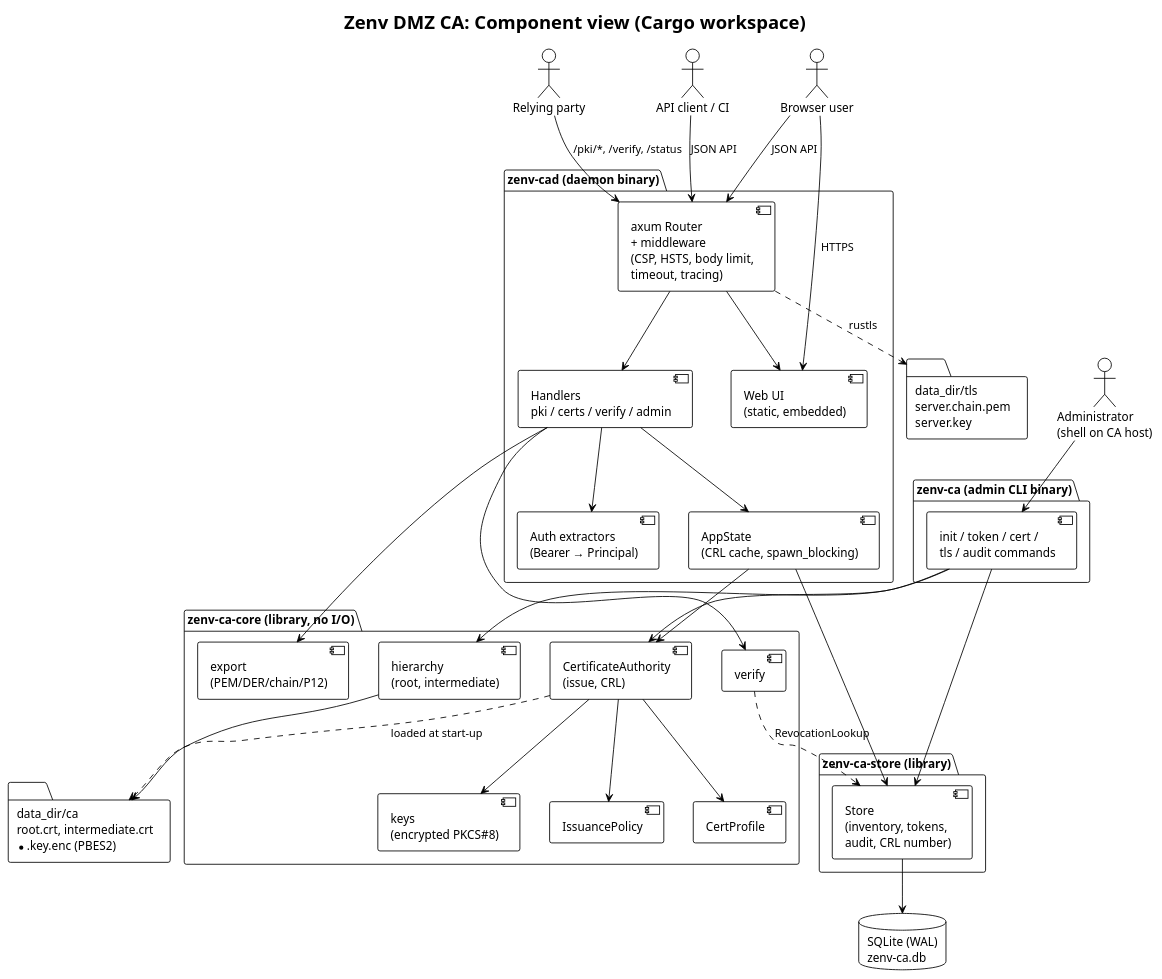
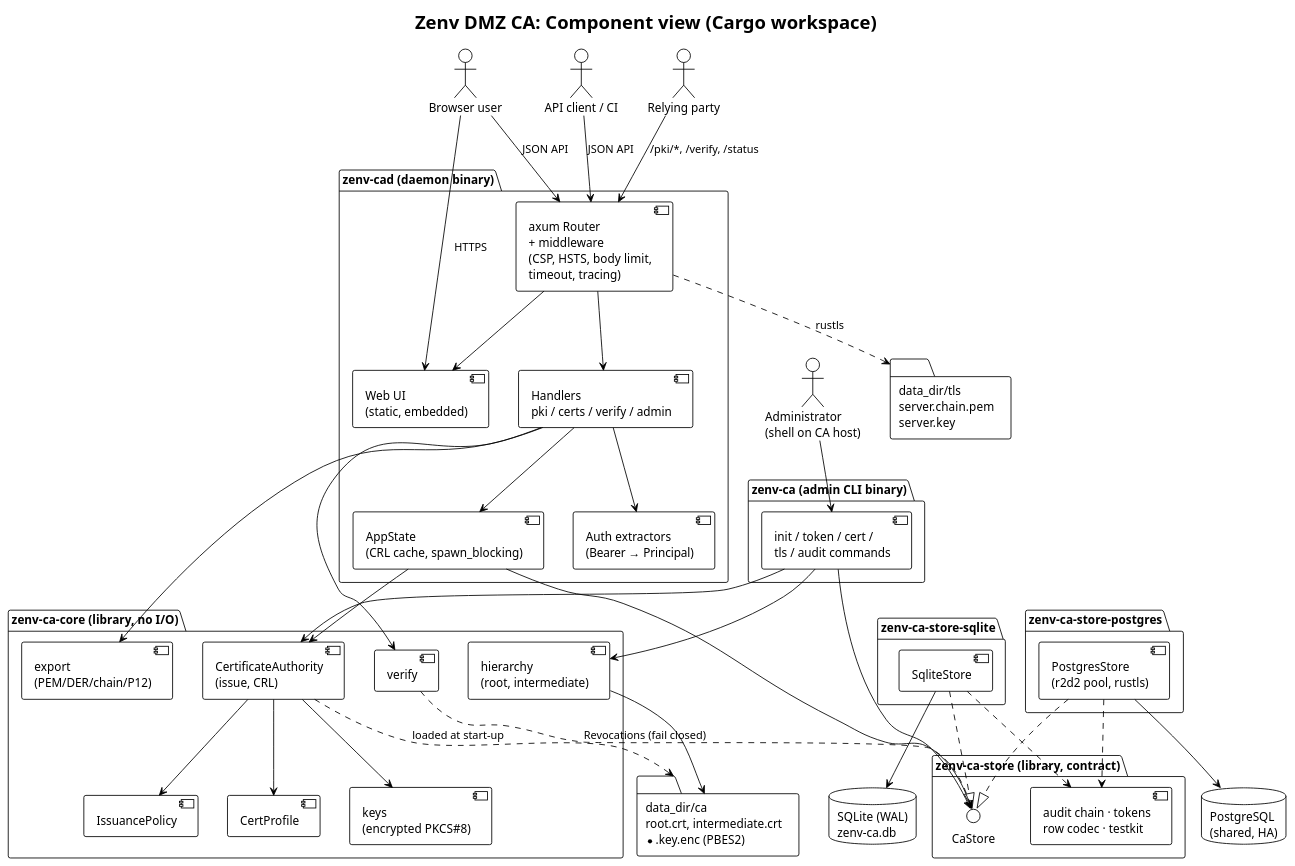
The diagram in docs/uml/02-components.puml (d-subrahmanyam/zenv-cert-authority), drawn with PlantUML before and after one commit. The commit also changed 52 other files, not shown here.

First line of the commit message:
Make storage pluggable (SQLite + PostgreSQL) and add per-crate READMEs

```diff
--- a/docs/uml/02-components.puml
+++ b/docs/uml/02-components.puml
@@ -1,65 +1,78 @@
 @startuml components
 !theme plain
 title Zenv DMZ CA: Component view (Cargo workspace)
 
 actor "Browser user" as User
 actor "API client / CI" as Client
 actor "Relying party" as RP
 actor "Administrator\n(shell on CA host)" as Admin
 
 package "zenv-cad (daemon binary)" {
   [axum Router\n+ middleware\n(CSP, HSTS, body limit,\ntimeout, tracing)] as Router
   [Web UI\n(static, embedded)] as UI
   [Auth extractors\n(Bearer → Principal)] as Auth
   [Handlers\npki / certs / verify / admin] as Handlers
   [AppState\n(CRL cache, spawn_blocking)] as State
 }
 
 package "zenv-ca (admin CLI binary)" {
   [init / token / cert /\ntls / audit commands] as CLI
 }
 
 package "zenv-ca-core (library, no I/O)" {
   [hierarchy\n(root, intermediate)] as Hier
   [CertificateAuthority\n(issue, CRL)] as CA
   [IssuancePolicy] as Policy
   [CertProfile] as Profile
   [verify] as Verify
   [export\n(PEM/DER/chain/P12)] as Export
   [keys\n(encrypted PKCS#8)] as Keys
 }
 
-package "zenv-ca-store (library)" {
-  [Store\n(inventory, tokens,\naudit, CRL number)] as Store
+package "zenv-ca-store (library, contract)" {
+  interface CaStore
+  [audit chain · tokens\nrow codec · testkit] as Shared
+}
+package "zenv-ca-store-sqlite" {
+  [SqliteStore] as Sqlite
+}
+package "zenv-ca-store-postgres" {
+  [PostgresStore\n(r2d2 pool, rustls)] as Pg
 }
 
 database "SQLite (WAL)\nzenv-ca.db" as DB
+database "PostgreSQL\n(shared, HA)" as PGDB
 folder "data_dir/ca\nroot.crt, intermediate.crt\n*.key.enc (PBES2)" as Files
 folder "data_dir/tls\nserver.chain.pem\nserver.key" as Tls
 
 User --> UI : HTTPS
 User --> Router : JSON API
 Client --> Router : JSON API
 RP --> Router : /pki/*, /verify, /status
 Admin --> CLI
 
 Router --> UI
 Router --> Handlers
 Handlers --> Auth
 Handlers --> State
 State --> CA
-State --> Store
+State --> CaStore
 Handlers --> Export
 Handlers --> Verify
 CA --> Policy
 CA --> Profile
 CA --> Keys
-Verify ..> Store : RevocationLookup
+Verify ..> CaStore : Revocations (fail closed)
 CLI --> Hier
-CLI --> Store
+CLI --> CaStore
 CLI --> CA
-Store --> DB
+Sqlite ..|> CaStore
+Pg ..|> CaStore
+Sqlite ..> Shared
+Pg ..> Shared
+Sqlite --> DB
+Pg --> PGDB
 Hier --> Files
 CA ..> Files : loaded at start-up
 Router ..> Tls : rustls
 @enduml
```
